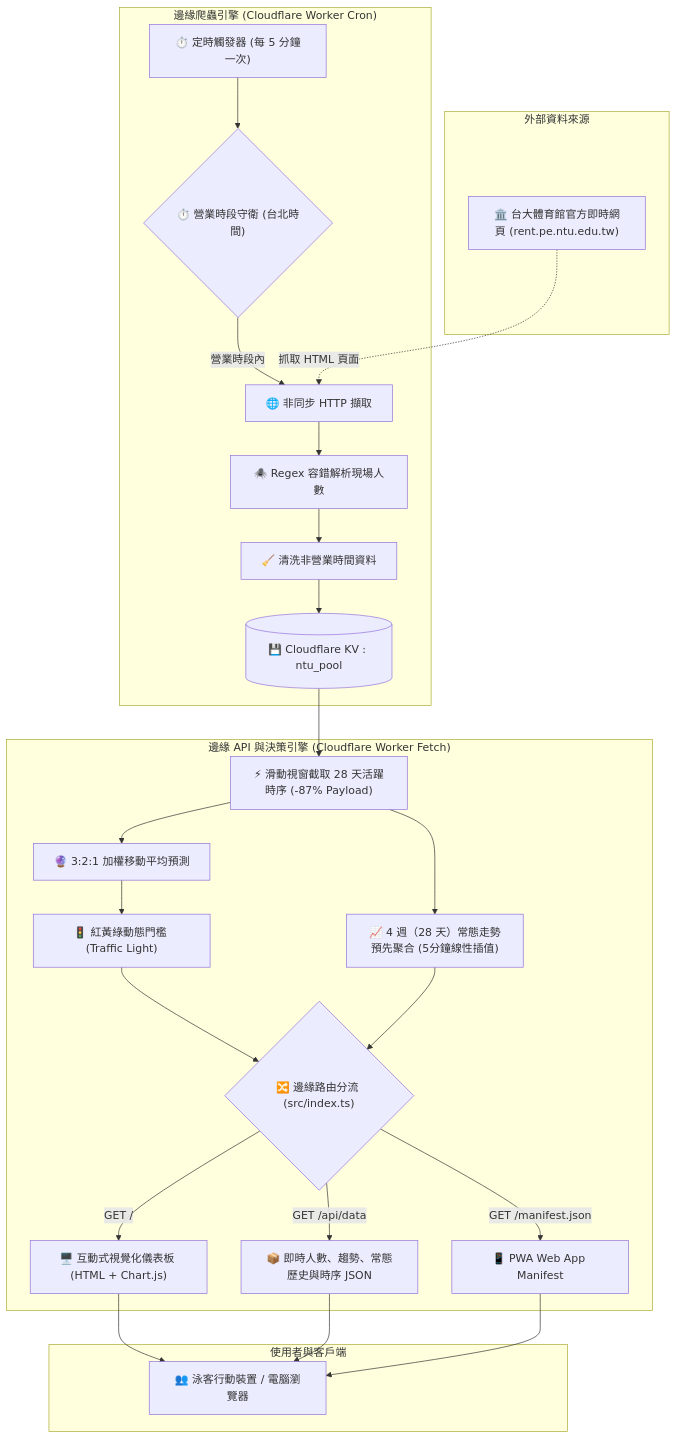
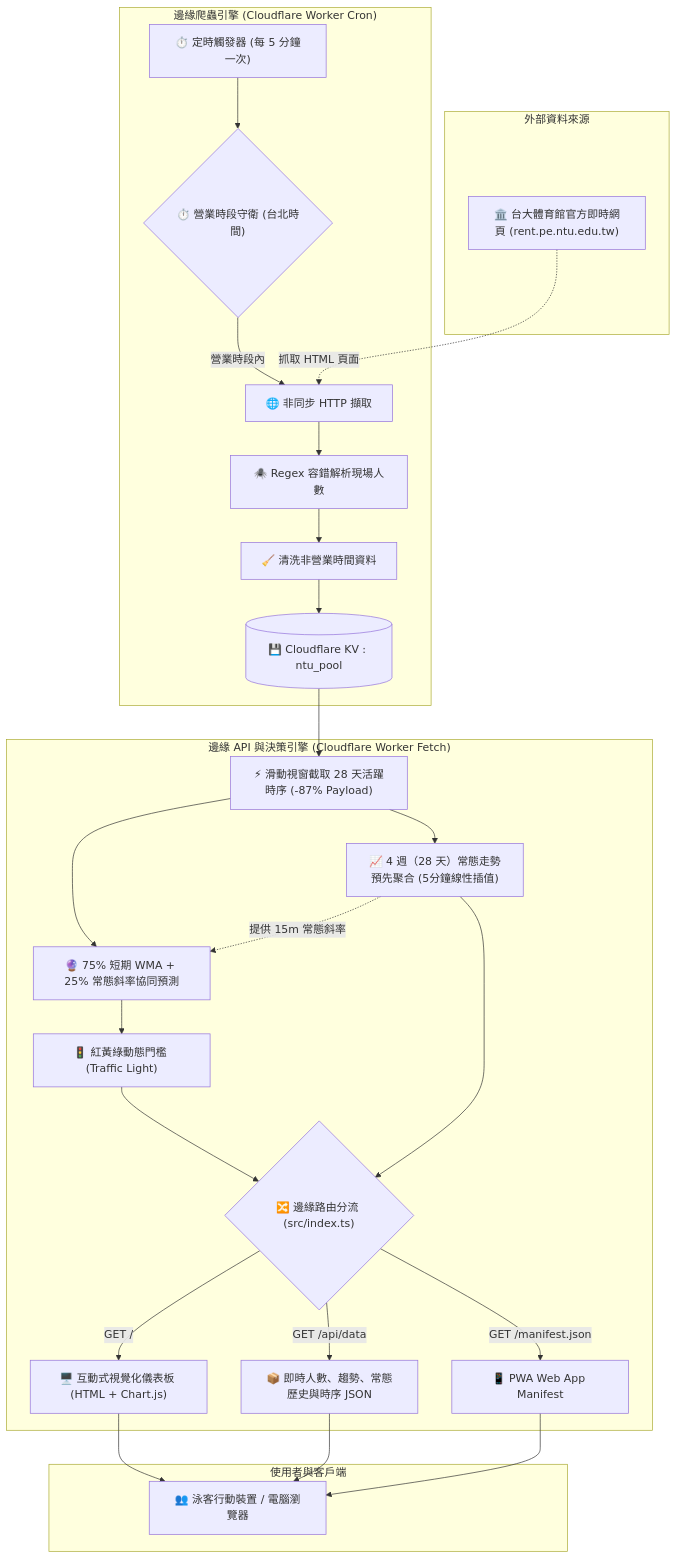
The diagram in README.md (8915ethan/ntu-pool), drawn with Mermaid before and after one commit. The commit also changed other lines of this file and 5 other files, not shown here.

Commit message:
feat(algo): upgrade to 75% WMA + 25% typical slope hybrid prediction and update docs

````diff
--- a/README.md
+++ b/README.md
@@ -47,34 +47,35 @@
 ```mermaid
 flowchart TD
     subgraph External["外部資料來源"]
         NTU["🏛️ 台大體育館官方即時網頁 (rent.pe.ntu.edu.tw)"]
     end
 
     subgraph CrawlerEngine["邊緣爬蟲引擎 (Cloudflare Worker Cron)"]
         Cron["⏱️ 定時觸發器 (每 5 分鐘一次)"] --> Guard{"⏱️ 營業時段守衛 (台北時間)"}
-        Guard -->|營業時段內| Fetcher["🌐 非同步 HTTP 擷取"]
-        NTU -. 抓取 HTML 頁面 .-> Fetcher
+        Guard -->|"營業時段內"| Fetcher["🌐 非同步 HTTP 擷取"]
+        NTU -. "抓取 HTML 頁面" .-> Fetcher
         Fetcher --> Regex["🕷️ Regex 容錯解析現場人數"]
         Regex --> Sanitizer["🧹 清洗非營業時間資料"]
         Sanitizer --> KV[("💾 Cloudflare KV : ntu_pool")]
     end
 
     subgraph ServiceEngine["邊緣 API 與決策引擎 (Cloudflare Worker Fetch)"]
         KV --> Window["⚡ 滑動視窗截取 28 天活躍時序 (-87% Payload)"]
         Window --> TypCalc["📈 4 週（28 天）常態走勢預先聚合 (5分鐘線性插值)"]
-        Window --> Algo["🔮 3:2:1 加權移動平均預測"]
+        Window --> Algo["🔮 75% 短期 WMA + 25% 常態斜率協同預測"]
+        TypCalc -. "提供 15m 常態斜率" .-> Algo
         Algo --> Threshold["🚦 紅黃綠動態門檻 (Traffic Light)"]
         Threshold --> Routes{"🔀 邊緣路由分流 (src/index.ts)"}
         TypCalc --> Routes
         
-        Routes -->|GET /| Dashboard["🖥️ 互動式視覺化儀表板 (HTML + Chart.js)"]
-        Routes -->|GET /api/data| API["📦 即時人數、趨勢、常態歷史與時序 JSON"]
-        Routes -->|GET /manifest.json| PWA["📱 PWA Web App Manifest"]
+        Routes -->|"GET /"| Dashboard["🖥️ 互動式視覺化儀表板 (HTML + Chart.js)"]
+        Routes -->|"GET /api/data"| API["📦 即時人數、趨勢、常態歷史與時序 JSON"]
+        Routes -->|"GET /manifest.json"| PWA["📱 PWA Web App Manifest"]
     end
 
     subgraph Clients["使用者與客戶端"]
         Dashboard --> Users["👥 泳客行動裝置 / 電腦瀏覽器"]
         API --> Users
         PWA --> Users
     end
 ```
````
